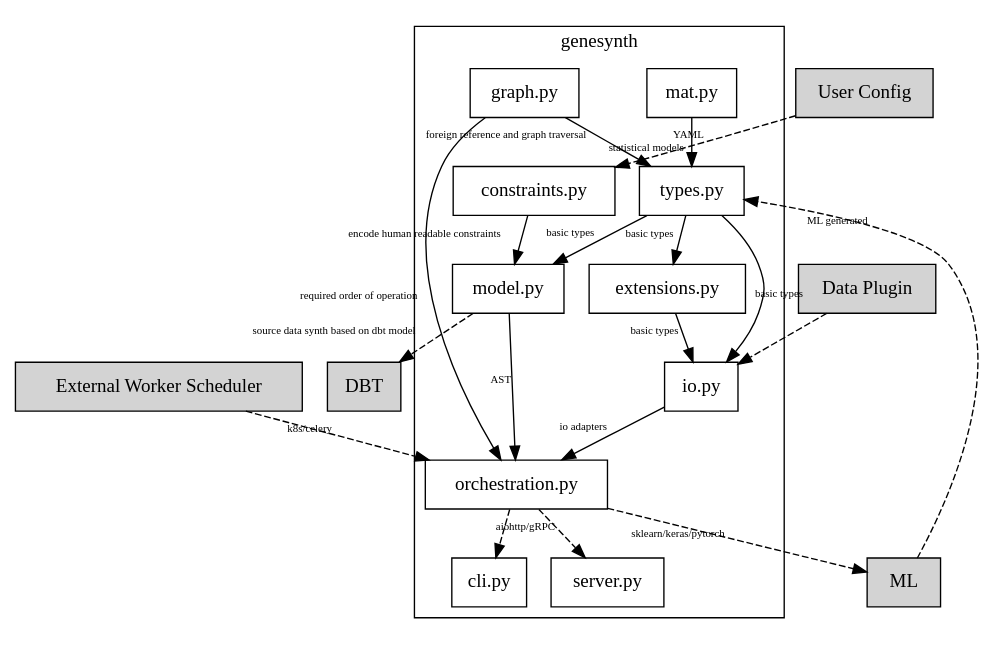
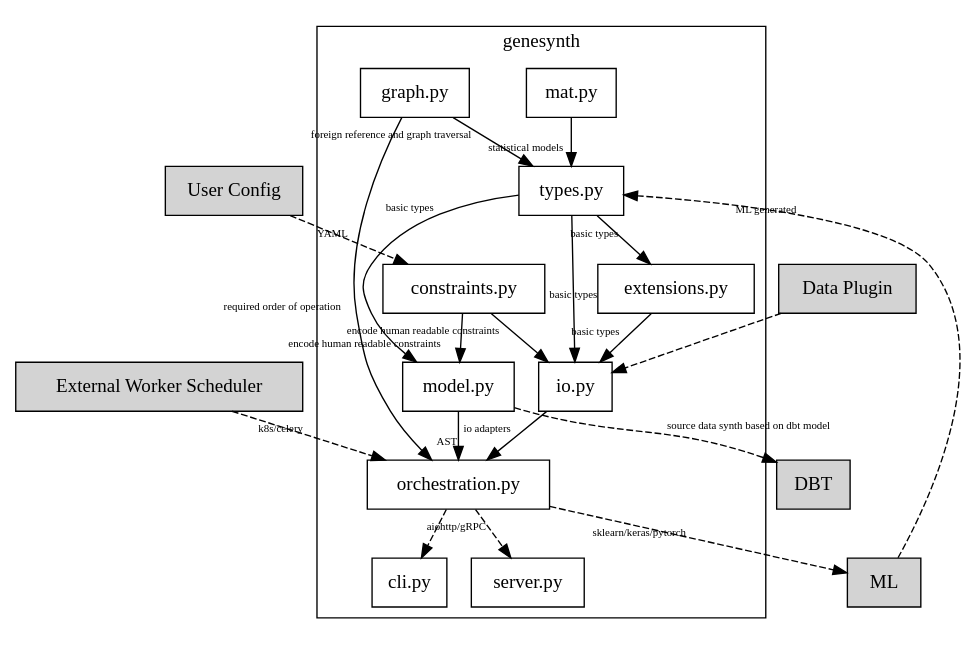
The diagram in docs/layout.dot (sterling312/genesynth), drawn with Graphviz before and after one commit. The commit also changed 4 other files, not shown here.

```diff
--- a/docs/layout.dot
+++ b/docs/layout.dot
@@ -1,34 +1,35 @@
 strict digraph genesynth {
     node [shape=box]
     edge [fontsize=8]
 
     ML [style=filled, fillcolor=lightgray]
     "User Config" [style=filled, fillcolor=lightgray]
     "Data Plugin" [style=filled, fillcolor=lightgray]
     "External Worker Scheduler" [style=filled, fillcolor=lightgray]
     DBT [style=filled, fillcolor=lightgray]
 
     ML -> "types.py" [style=dashed, xlabel="ML generated"]
     "User Config" -> "constraints.py" [style=dashed, xlabel="YAML"]
     "Data Plugin" -> "io.py" [style=dashed]
     "External Worker Scheduler" -> "orchestration.py" [style=dashed, xlabel="k8s/celery"]
 
     subgraph cluster_module {
         label="genesynth"
         "mat.py" -> "types.py" [xlabel="statistical models"]
         "constraints.py" -> "model.py" [xlabel="encode human readable constraints"]
+        "constraints.py" -> "io.py" [xlabel="encode human readable constraints"]
         "types.py" -> "io.py" [xlabel="basic types"]
         "types.py" -> "extensions.py" [xlabel="basic types"]
         "extensions.py" -> "io.py" [xlabel="basic types"]
         "types.py" -> "model.py" [xlabel="basic types"]
         "model.py" -> "orchestration.py" [xlabel="AST"]
         "graph.py" -> "orchestration.py" [xlabel="required order of operation"]
         "graph.py" -> "types.py" [xlabel="foreign reference and graph traversal"]
         "io.py" -> "orchestration.py" [xlabel="io adapters"]
         "orchestration.py" -> "cli.py" [style=dashed]
         "orchestration.py" -> "server.py" [style=dashed, xlabel="aiohttp/gRPC"]
     }
 
     "model.py" -> DBT [style=dashed, xlabel="source data synth based on dbt model"]
     "orchestration.py" -> ML [style=dashed, xlabel="sklearn/keras/pytorch"]
 }
```
